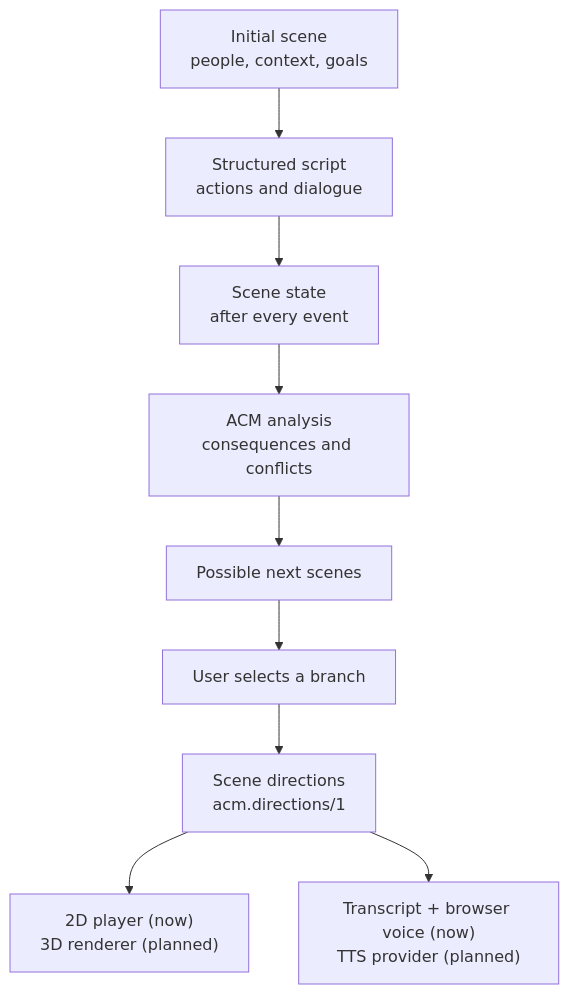
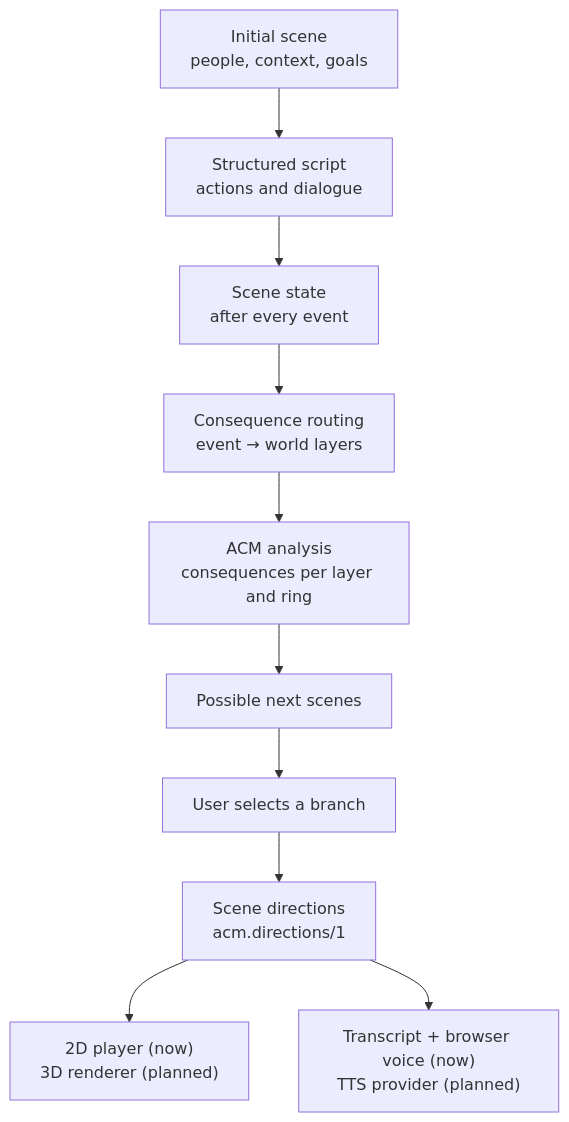
The second of 18 diagrams in README.md (Sherlock2019/ACM), drawn with Mermaid before and after one commit. The commit also changed other lines of this file, not shown here.

First line of the commit message:
README: What, Why, How, So what, What next around the eight world layers

````diff
--- a/README.md
+++ b/README.md
@@ -150,11 +259,12 @@
 ```mermaid
 flowchart TD
     INPUT["Initial scene<br/>people, context, goals"] --> SCRIPT["Structured script<br/>actions and dialogue"]
     SCRIPT --> STATE["Scene state<br/>after every event"]
-    STATE --> ANALYSIS["ACM analysis<br/>consequences and conflicts"]
+    STATE --> ROUTE["Consequence routing<br/>event → world layers"]
+    ROUTE --> ANALYSIS["ACM analysis<br/>consequences per layer and ring"]
     ANALYSIS --> NEXT["Possible next scenes"]
     NEXT --> SELECT["User selects a branch"]
     SELECT --> DIRECTOR["Scene directions<br/>acm.directions/1"]
     DIRECTOR --> VISUAL["2D player (now)<br/>3D renderer (planned)"]
     DIRECTOR --> AUDIO["Transcript + browser voice (now)<br/>TTS provider (planned)"]
 ```
````
